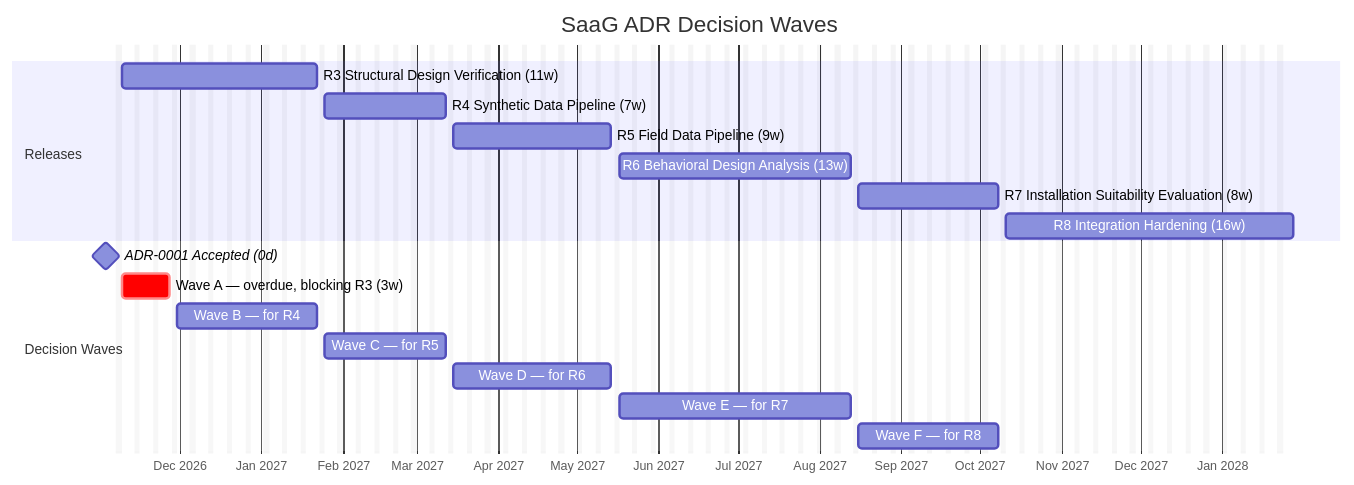
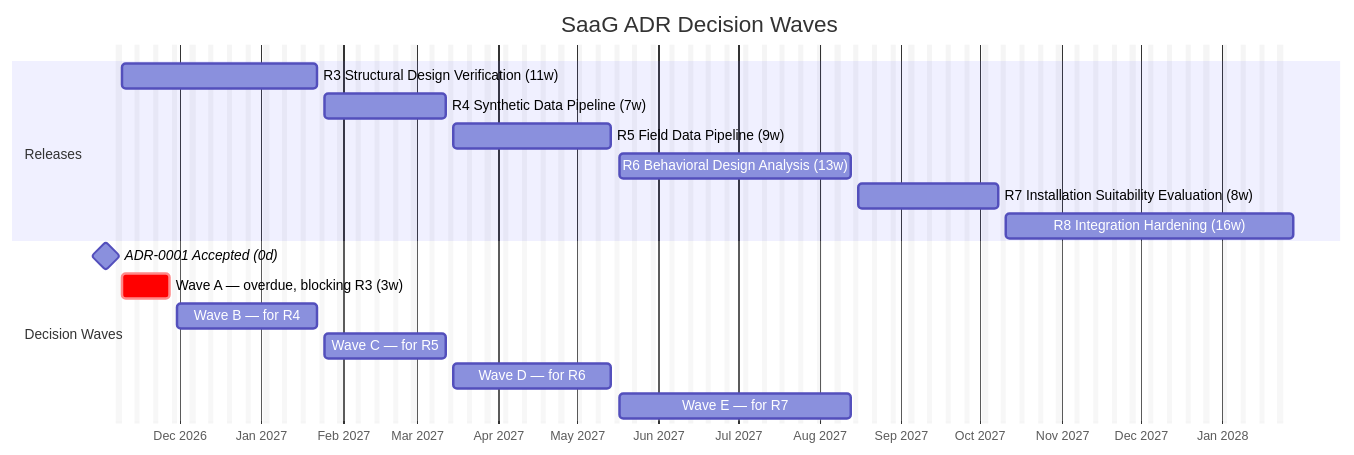
One commit to onuralpyigit/system-as-a-graph changed the diagram in docs/design/ADR-ROADMAP.md. Above: the diagram before and after it, drawn with Mermaid. The commit also changed other lines of this file and 22 other files, not shown here.

````diff
--- a/docs/design/ADR-ROADMAP.md
+++ b/docs/design/ADR-ROADMAP.md
@@ -159,25 +152,24 @@
 ```mermaid
 %%{init: { 'themeVariables': { 'excludeBkgColor': 'rgba(128,128,128,0.08)' } } }%%
 gantt
     title SaaG ADR Decision Waves
     dateFormat YYYY-MM-DD
     axisFormat %b %Y
     excludes weekends
 
     section Releases
     R3 Structural Design Verification (11w)   :r3, 2026-11-09, 2027-01-22
     R4 Synthetic Data Pipeline (7w)            :r4, 2027-01-25, 2027-03-12
     R5 Field Data Pipeline (9w)                :r5, 2027-03-15, 2027-05-14
     R6 Behavioral Design Analysis (13w)        :r6, 2027-05-17, 2027-08-13
     R7 Installation Suitability Evaluation (8w) :r7, 2027-08-16, 2027-10-08
     R8 Integration Hardening (16w)             :r8, 2027-10-11, 2028-01-28
 
     section Decision Waves
     ADR-0001 Accepted (0d)                     :milestone, adr1, 2026-11-03, 0d
     Wave A — overdue, blocking R3 (3w)         :crit, wa, 2026-11-09, 2026-11-27
     Wave B — for R4                            :wb, 2026-11-30, 2027-01-22
     Wave C — for R5                            :wc, 2027-01-25, 2027-03-12
     Wave D — for R6                            :wd, 2027-03-15, 2027-05-14
     Wave E — for R7                            :we, 2027-05-17, 2027-08-13
-    Wave F — for R8                            :wf, 2027-08-16, 2027-10-08
 ```
````
